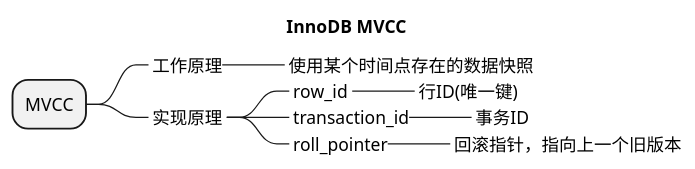
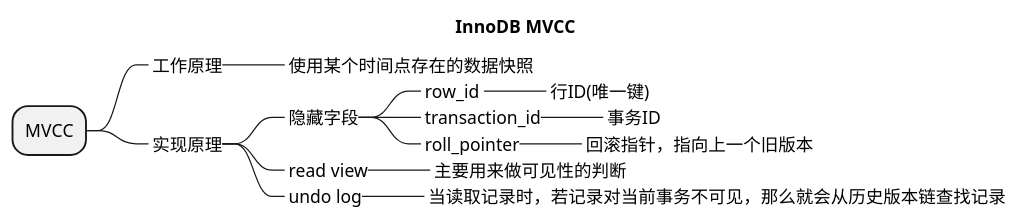
Before and after one commit to yayaa-uuu/study: diagram 13 of 17 in 面试/数据库/mysql/mysql.md, drawn with PlantUML. The commit also changed other lines of this file and 8 other files, not shown here.

````diff
--- a/面试/数据库/mysql/mysql.md
+++ b/面试/数据库/mysql/mysql.md
@@ -237,17 +238,26 @@
 ```plantuml
 @startmindmap
 title InnoDB MVCC
 
 * MVCC
 **_ 工作原理
 ***_ 使用某个时间点存在的数据快照
 
-**_ 实现原理 
-***_ row_id 
-****_ 行ID(唯一键)    
-***_ transaction_id
-****_ 事务ID
-***_ roll_pointer
-****_ 回滚指针，指向上一个旧版本
+**_ 实现原理
+***_ 隐藏字段
+****_ row_id 
+*****_ 行ID(唯一键)    
+****_ transaction_id
+*****_ 事务ID
+****_ roll_pointer
+*****_ 回滚指针，指向上一个旧版本
+***_ read view
+****_ 主要用来做可见性的判断
+***_ undo log
+****_ 当读取记录时，若记录对当前事务不可见，那么就会从历史版本链查找记录   
+
+
+
+
 @endmindmap
 ```
````
